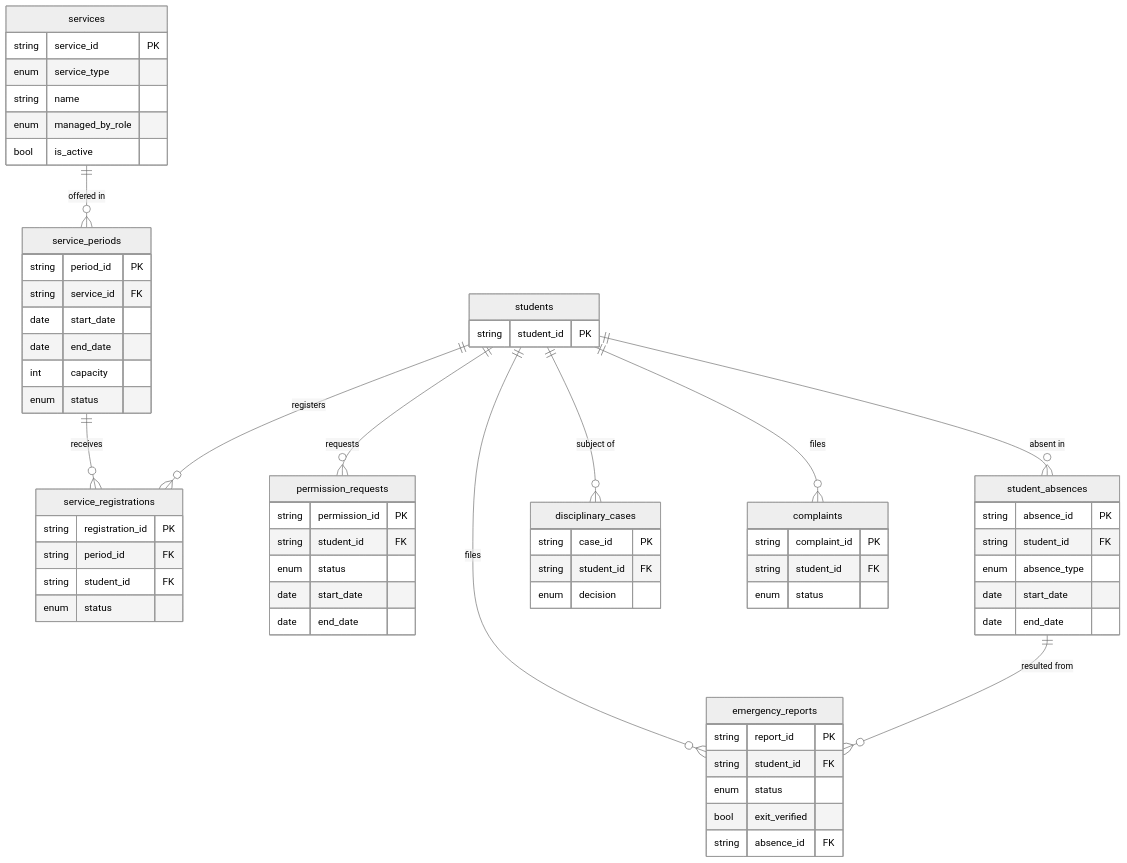
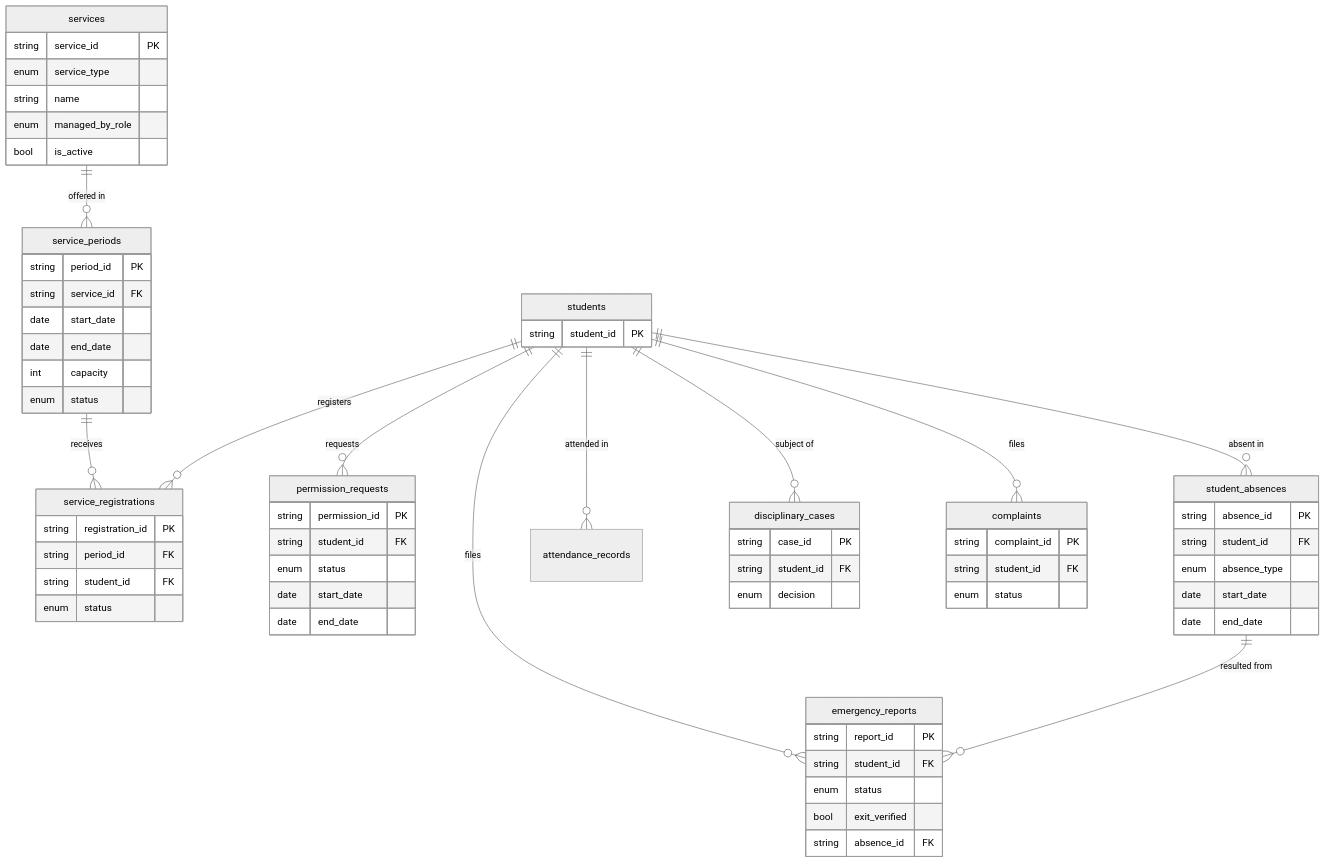
The third of 4 diagrams in docs/database.md (Yasser-Alrzagi/smart-home), drawn with Mermaid (neutral theme) before and after one commit. The commit also changed other lines of this file and 19 other files, not shown here.

````diff
--- a/docs/database.md
+++ b/docs/database.md
@@ -528,50 +544,51 @@
 ```mermaid
 erDiagram
     services ||--o{ service_periods : "offered in"
     service_periods ||--o{ service_registrations : receives
     students ||--o{ service_registrations : registers
     students ||--o{ permission_requests : requests
     students ||--o{ emergency_reports : files
     students ||--o{ student_absences : "absent in"
     student_absences ||--o{ emergency_reports : "resulted from"
+    students ||--o{ attendance_records : "attended in"
     students ||--o{ disciplinary_cases : "subject of"
     students ||--o{ complaints : files
 
     services { string service_id PK
                enum service_type
                string name
                enum managed_by_role
                bool is_active }
     service_periods { string period_id PK
                       string service_id FK
                       date start_date
                       date end_date
                       int capacity
                       enum status }
     service_registrations { string registration_id PK
                             string period_id FK
                             string student_id FK
                             enum status }
     permission_requests { string permission_id PK
                           string student_id FK
                           enum status
                           date start_date
                           date end_date }
     emergency_reports { string report_id PK
                         string student_id FK
                         enum status
                         bool exit_verified
                         string absence_id FK }
     student_absences { string absence_id PK
                        string student_id FK
                        enum absence_type
                        date start_date
                        date end_date }
     disciplinary_cases { string case_id PK
                          string student_id FK
                          enum decision }
     complaints { string complaint_id PK
                  string student_id FK
                  enum status }
     students { string student_id PK }
 ```
````
